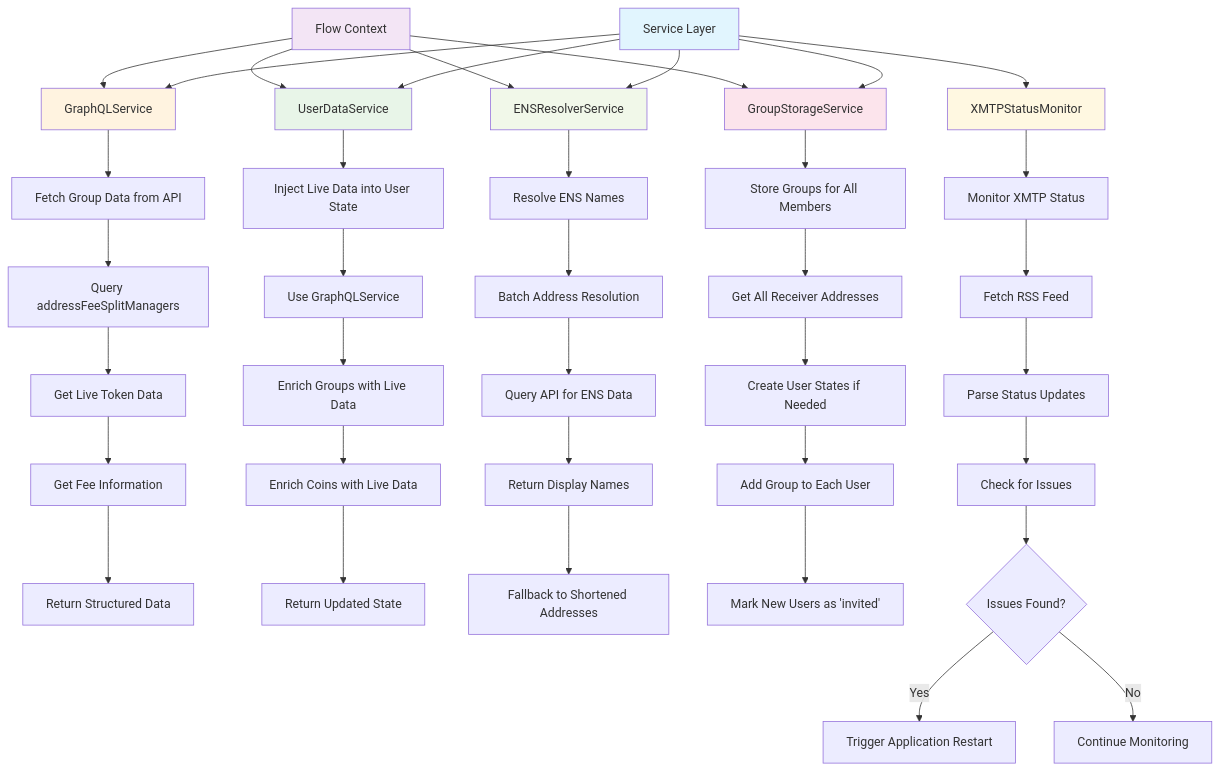
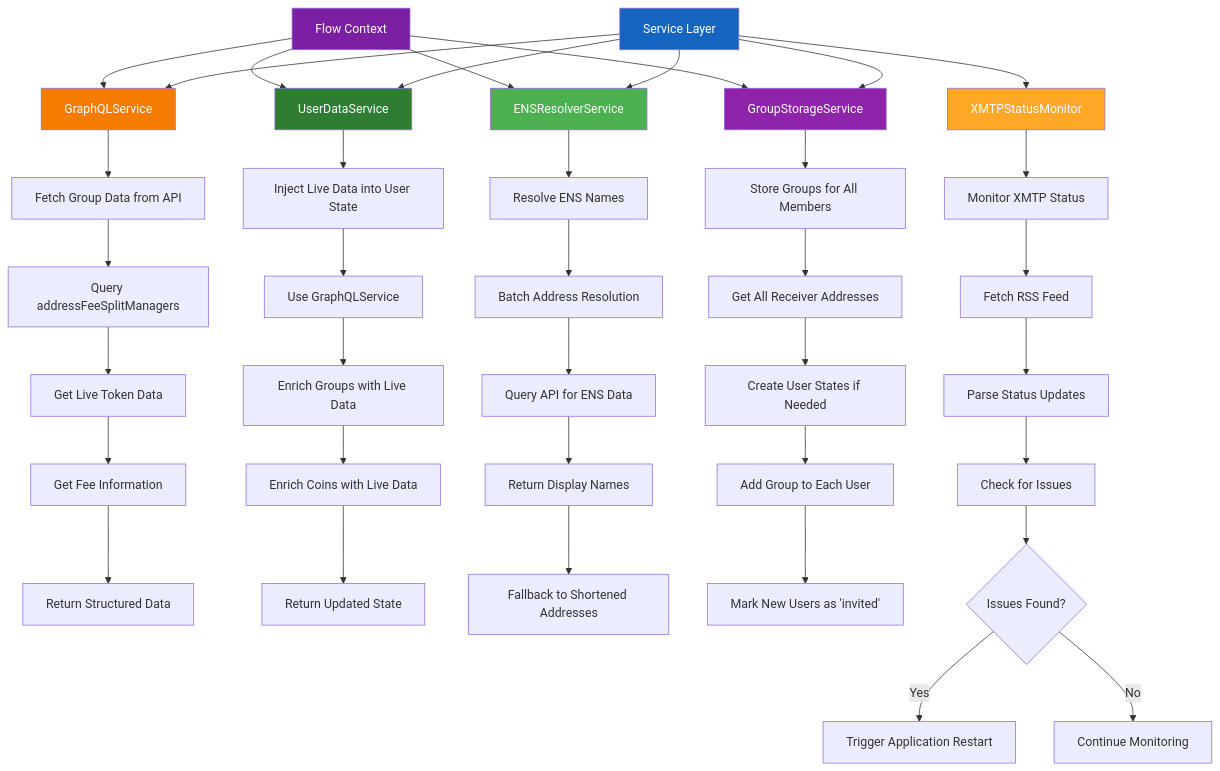
The ninth of 12 diagrams in SYSTEM_ARCHITECTURE.md (flayerlabs/xmtp-flaunchy), drawn with Mermaid before and after one commit. The commit also changed other lines of this file, not shown here.

Commit message:
update system architecture

````diff
--- a/SYSTEM_ARCHITECTURE.md
+++ b/SYSTEM_ARCHITECTURE.md
@@ -492,53 +555,53 @@
 ```mermaid
 graph TD
     A[Service Layer] --> B[GraphQLService]
     A --> C[UserDataService]
     A --> D[ENSResolverService]
     A --> E[GroupStorageService]
     A --> F[XMTPStatusMonitor]
 
     B --> G[Fetch Group Data from API]
     G --> H[Query addressFeeSplitManagers]
     H --> I[Get Live Token Data]
     I --> J[Get Fee Information]
     J --> K[Return Structured Data]
 
     C --> L[Inject Live Data into User State]
     L --> M[Use GraphQLService]
     M --> N[Enrich Groups with Live Data]
     N --> O[Enrich Coins with Live Data]
     O --> P[Return Updated State]
 
     D --> Q[Resolve ENS Names]
     Q --> R[Batch Address Resolution]
     R --> S[Query API for ENS Data]
     S --> T[Return Display Names]
     T --> U[Fallback to Shortened Addresses]
 
     E --> V[Store Groups for All Members]
     V --> W[Get All Receiver Addresses]
     W --> X[Create User States if Needed]
     X --> Y[Add Group to Each User]
     Y --> Z[Mark New Users as 'invited']
 
     F --> AA[Monitor XMTP Status]
     AA --> BB[Fetch RSS Feed]
     BB --> CC[Parse Status Updates]
     CC --> DD[Check for Issues]
     DD --> EE{Issues Found?}
     EE -->|Yes| FF[Trigger Application Restart]
     EE -->|No| GG[Continue Monitoring]
 
     HH[Flow Context] --> B
     HH --> C
     HH --> D
     HH --> E
 
-    style A fill:#e1f5fe
-    style HH fill:#f3e5f5
-    style B fill:#fff3e0
-    style C fill:#e8f5e8
-    style D fill:#f1f8e9
-    style E fill:#fce4ec
-    style F fill:#fff8e1
+    style A fill:#1565C0,color:#ffffff
+    style HH fill:#7B1FA2,color:#ffffff
+    style B fill:#F57C00,color:#ffffff
+    style C fill:#2E7D32,color:#ffffff
+    style D fill:#4CAF50,color:#ffffff
+    style E fill:#8E24AA,color:#ffffff
+    style F fill:#FFA726,color:#ffffff
 ```
````
